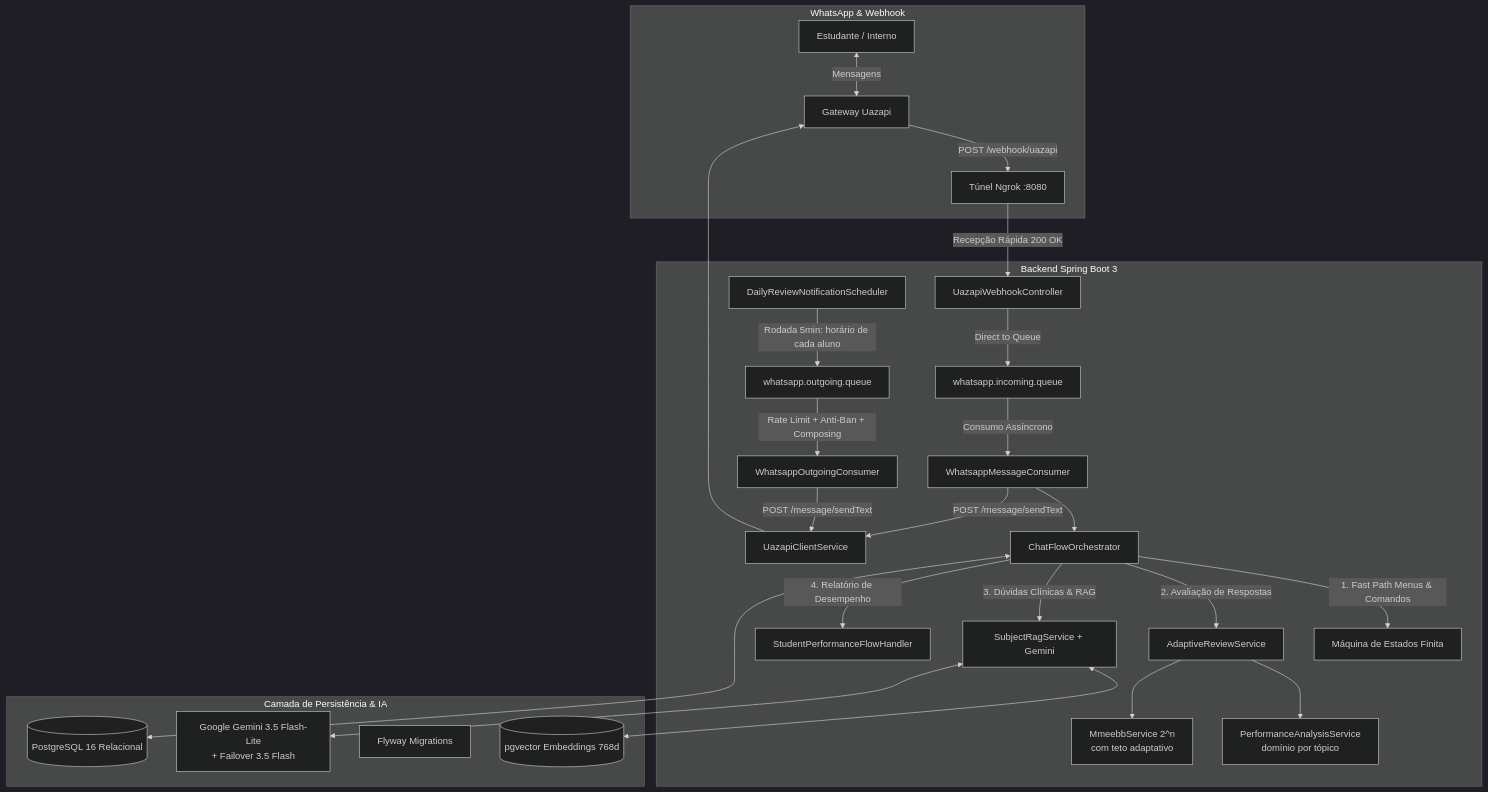
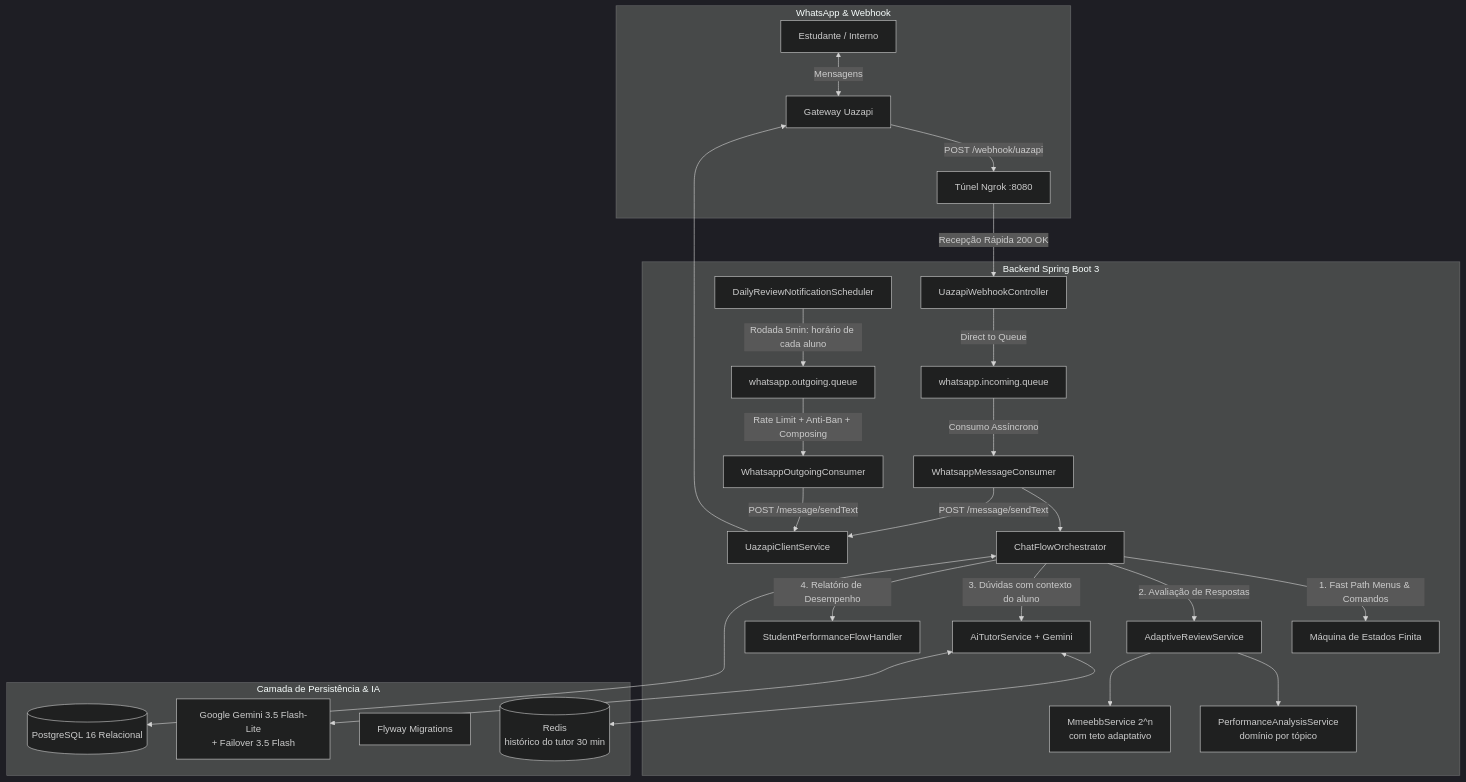
The fourth of 5 diagrams in README.md (NickolasTav/mmeebb-chatbot), drawn with Mermaid (dark theme) before and after one commit. The commit also changed other lines of this file, not shown here.

Commit message:
docs(readme): troca o RAG pelo tutor de IA com contexto do aluno

````diff
--- a/README.md
+++ b/README.md
@@ -166,40 +167,40 @@
 ```mermaid
 flowchart TB
     subgraph WhatsApp_Gateway [WhatsApp & Webhook]
         ALUNO[Estudante / Interno] <-->|Mensagens| UAZ[Gateway Uazapi]
         UAZ -->|POST /webhook/uazapi| NGROK[Túnel Ngrok :8080]
     end
 
     subgraph Spring_Backend [Backend Spring Boot 3]
         NGROK -->|Recepção Rápida 200 OK| CTRL[UazapiWebhookController]
         CTRL -->|Direct to Queue| Q_IN[whatsapp.incoming.queue]
         
         Q_IN -->|Consumo Assíncrono| CONS[WhatsappMessageConsumer]
         CONS --> ORCH[ChatFlowOrchestrator]
         
         ORCH -->|1. Fast Path Menus & Comandos| FSM[Máquina de Estados Finita]
         ORCH -->|2. Avaliação de Respostas| ADAPT[AdaptiveReviewService]
         ADAPT --> ANALYSIS[PerformanceAnalysisService<br/>domínio por tópico]
         ADAPT --> MMEEBB[MmeebbService 2^n<br/>com teto adaptativo]
-        ORCH -->|3. Dúvidas Clínicas & RAG| RAG[SubjectRagService + Gemini]
+        ORCH -->|3. Dúvidas com contexto do aluno| TUTOR[AiTutorService + Gemini]
         ORCH -->|4. Relatório de Desempenho| PERF[StudentPerformanceFlowHandler]
         
         SCHED[DailyReviewNotificationScheduler] -->|Rodada 5min: horário de cada aluno| Q_OUT[whatsapp.outgoing.queue]
         Q_OUT -->|Rate Limit + Anti-Ban + Composing| OUT_CONS[WhatsappOutgoingConsumer]
         
         OUT_CONS -->|POST /message/sendText| REST_CLI[UazapiClientService]
         CONS -->|POST /message/sendText| REST_CLI
         REST_CLI --> UAZ
     end
 
     subgraph Persistence_Layer [Camada de Persistência & IA]
         PG[(PostgreSQL 16 Relacional)]
-        VEC[(pgvector Embeddings 768d)]
+        HIST[(Redis<br/>histórico do tutor 30 min)]
         FLY[Flyway Migrations]
         GEMINI[Google Gemini 3.5 Flash-Lite<br/>+ Failover 3.5 Flash]
     end
 
     ORCH <--> PG
-    RAG <--> VEC
-    RAG <--> GEMINI
+    TUTOR <--> HIST
+    TUTOR <--> GEMINI
 ```
````
